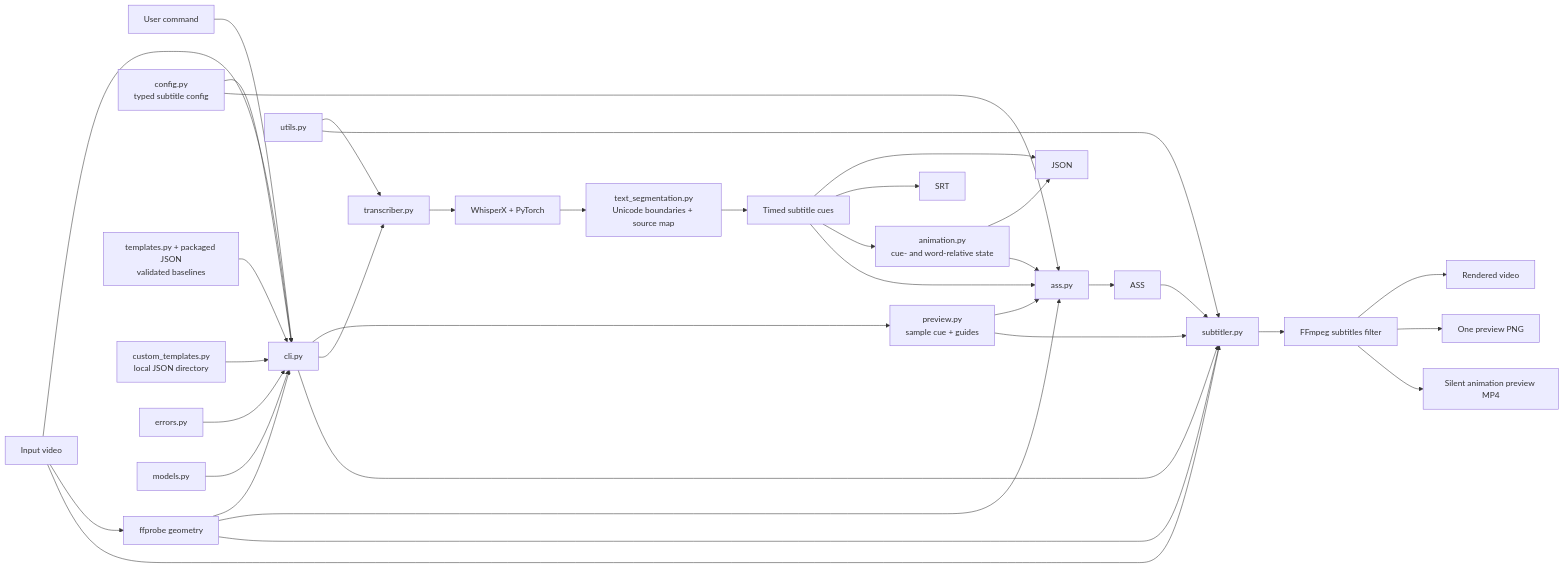
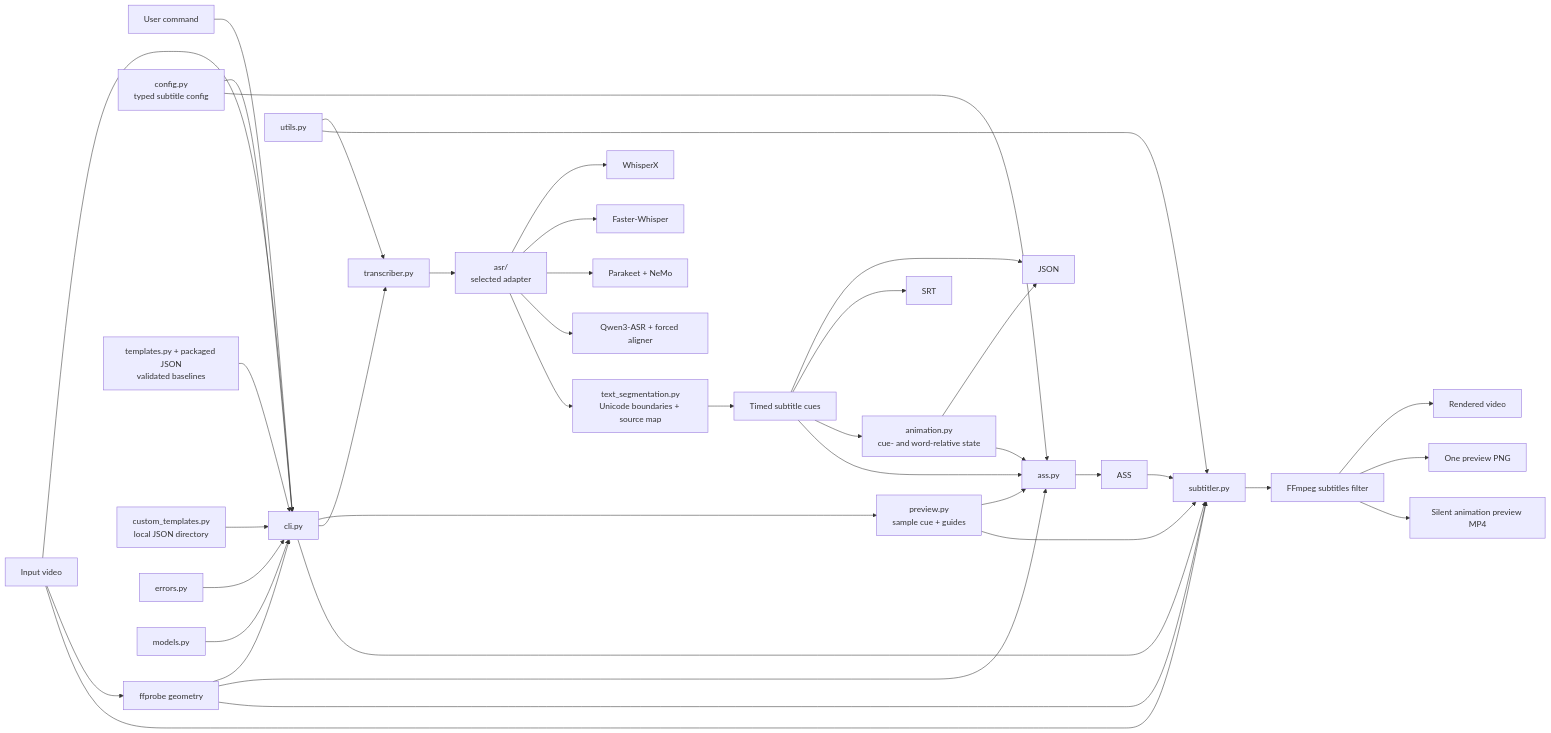
One commit to denilson-santos/multisubs changed the diagram in docs/architecture.md. Above: the diagram before and after it, drawn with Mermaid. The commit also changed other lines of this file and 16 other files, not shown here.

```diff
--- a/docs/architecture.md
+++ b/docs/architecture.md
@@ -14,38 +16,42 @@
 ~~~mermaid
 flowchart LR
     user[User command] --> cli[cli.py]
     input[Input video] --> cli
     input --> probe[ffprobe geometry]
     probe --> cli
     config[config.py<br/>typed subtitle config] --> cli
     templates[templates.py + packaged JSON<br/>validated baselines] --> cli
     custom[custom_templates.py<br/>local JSON directory] --> cli
     cli --> preview[preview.py<br/>sample cue + guides]
     cli --> transcriber[transcriber.py]
-    transcriber --> whisper[WhisperX + PyTorch]
-    whisper --> segmentation[text_segmentation.py<br/>Unicode boundaries + source map]
+    transcriber --> adapter[asr/<br/>selected adapter]
+    adapter --> whisper[WhisperX]
+    adapter --> faster[Faster-Whisper]
+    adapter --> parakeet[Parakeet + NeMo]
+    adapter --> qwen[Qwen3-ASR + forced aligner]
+    adapter --> segmentation[text_segmentation.py<br/>Unicode boundaries + source map]
     segmentation --> cues[Timed subtitle cues]
     cues --> json[JSON]
     cues --> srt[SRT]
     cues --> animations[animation.py<br/>cue- and word-relative state]
     animations --> json
     animations --> asswriter
     cues --> asswriter[ass.py]
     asswriter --> ass[ASS]
     preview --> asswriter
     config --> asswriter
     probe --> asswriter
     cli --> subtitler[subtitler.py]
     preview --> subtitler
     input --> subtitler
     ass --> subtitler
     probe --> subtitler
     subtitler --> ffmpeg[FFmpeg subtitles filter]
     ffmpeg --> video[Rendered video]
     ffmpeg --> png[One preview PNG]
     ffmpeg --> clip[Silent animation preview MP4]
     utils[utils.py] --> transcriber
     utils --> subtitler
     errors[errors.py] --> cli
     models[models.py] --> cli
 ~~~
```
